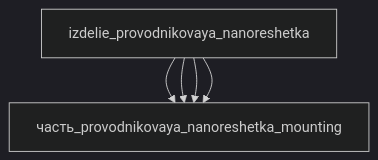
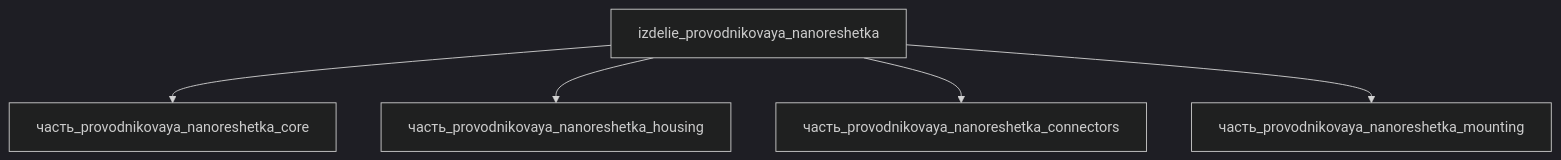
Before and after one commit to a-m-e-n-t-e-t/SkyNet: the diagram in реальные данные/материалы/provodnikovaya_nanoreshetka.md, drawn with Mermaid (dark theme). The commit also changed other lines of this file and 409 other files, not shown here.

````diff
--- a/реальные данные/материалы/provodnikovaya_nanoreshetka.md
+++ b/реальные данные/материалы/provodnikovaya_nanoreshetka.md
@@ -101,12 +103,12 @@
 ```mermaid
 graph TD
-    provodnikovaya_nanor["izdelie_provodnikovaya_nanoreshetka"]
-    provodnikovaya_nanoreshet["часть_provodnikovaya_nanoreshetka_core"]
-    provodnikovaya_nanor --> provodnikovaya_nanoreshet
-    provodnikovaya_nanoreshet["часть_provodnikovaya_nanoreshetka_housing"]
-    provodnikovaya_nanor --> provodnikovaya_nanoreshet
-    provodnikovaya_nanoreshet["часть_provodnikovaya_nanoreshetka_connectors"]
-    provodnikovaya_nanor --> provodnikovaya_nanoreshet
-    provodnikovaya_nanoreshet["часть_provodnikovaya_nanoreshetka_mounting"]
-    provodnikovaya_nanor --> provodnikovaya_nanoreshet
+    izdelie_provodnikovaya_nanoreshetka["izdelie_provodnikovaya_nanoreshetka"]
+    ______provodnikovaya_nanoreshetka_core["часть_provodnikovaya_nanoreshetka_core"]
+    izdelie_provodnikovaya_nanoreshetka --> ______provodnikovaya_nanoreshetka_core
+    ______provodnikovaya_nanoreshetka_housing["часть_provodnikovaya_nanoreshetka_housing"]
+    izdelie_provodnikovaya_nanoreshetka --> ______provodnikovaya_nanoreshetka_housing
+    ______provodnikovaya_nanoreshetka_connectors["часть_provodnikovaya_nanoreshetka_connectors"]
+    izdelie_provodnikovaya_nanoreshetka --> ______provodnikovaya_nanoreshetka_connectors
+    ______provodnikovaya_nanoreshetka_mounting["часть_provodnikovaya_nanoreshetka_mounting"]
+    izdelie_provodnikovaya_nanoreshetka --> ______provodnikovaya_nanoreshetka_mounting
 ```
````
